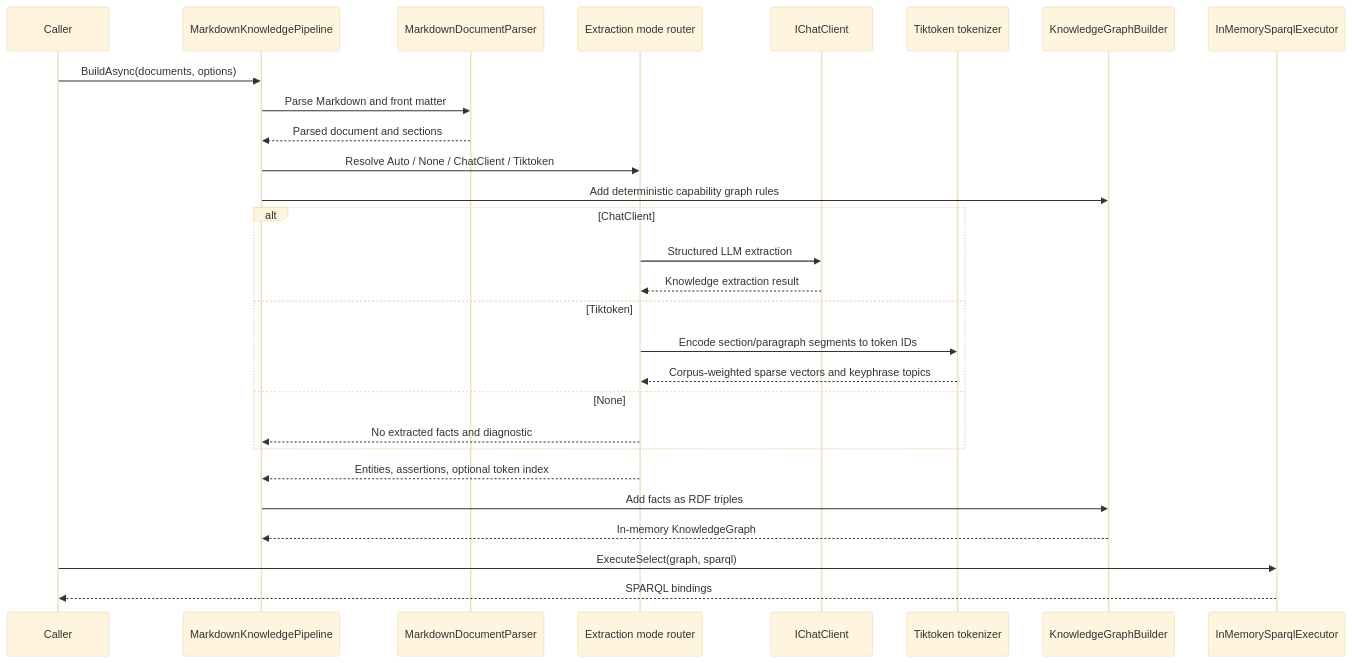
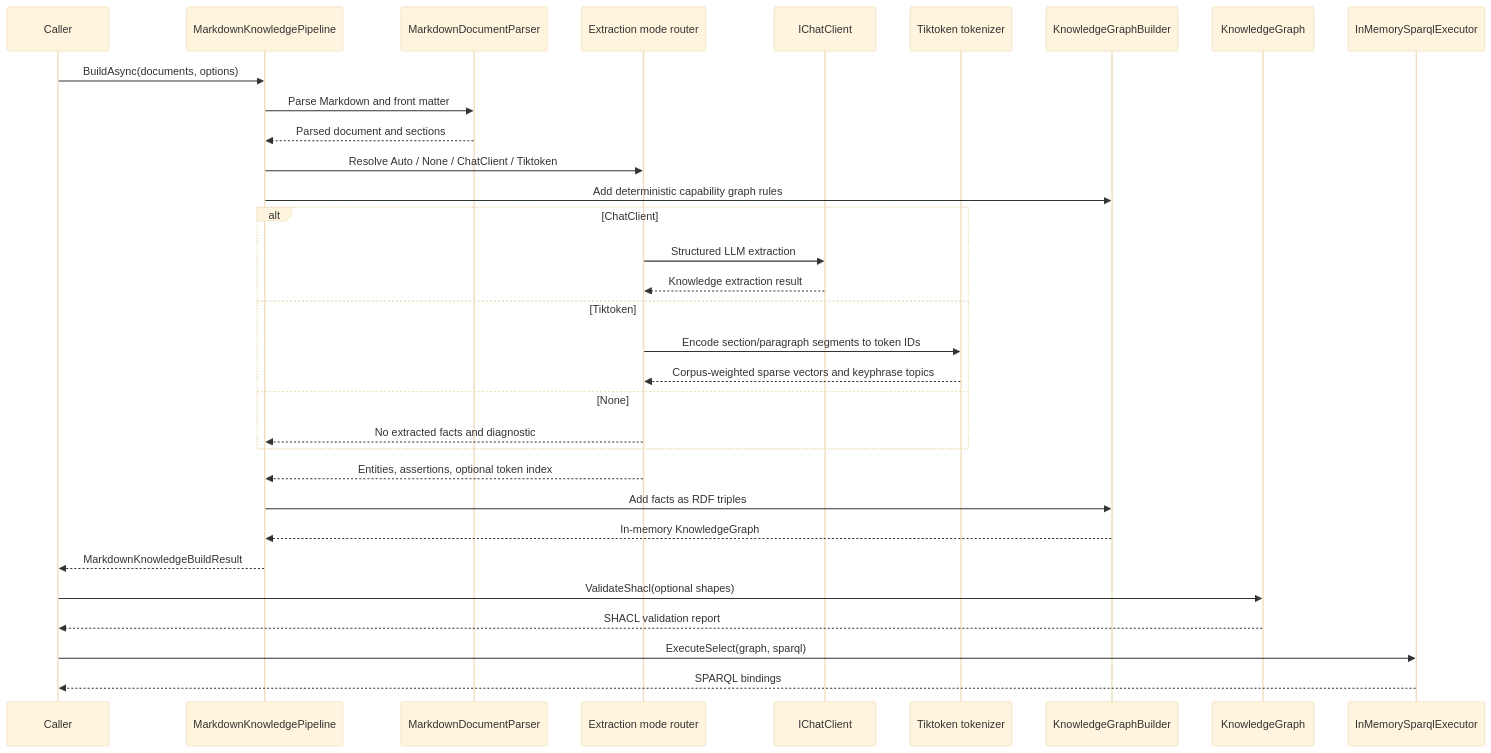
The second of 4 diagrams in docs/Architecture.md (managedcode/markdown-ld-kb), drawn with Mermaid (base theme) before and after one commit. The commit also changed other lines of this file and 12 other files, not shown here.

Commit message:
update graph

````diff
--- a/docs/Architecture.md
+++ b/docs/Architecture.md
@@ -44,31 +45,35 @@
 ```mermaid
 sequenceDiagram
     participant Caller
     participant Pipeline as MarkdownKnowledgePipeline
     participant Parser as MarkdownDocumentParser
     participant Router as Extraction mode router
     participant Chat as IChatClient
     participant Tokenizer as Tiktoken tokenizer
     participant Graph as KnowledgeGraphBuilder
+    participant BuiltGraph as KnowledgeGraph
     participant Query as InMemorySparqlExecutor
 
     Caller->>Pipeline: BuildAsync(documents, options)
     Pipeline->>Parser: Parse Markdown and front matter
     Parser-->>Pipeline: Parsed document and sections
     Pipeline->>Router: Resolve Auto / None / ChatClient / Tiktoken
     Pipeline->>Graph: Add deterministic capability graph rules
     alt ChatClient
         Router->>Chat: Structured LLM extraction
         Chat-->>Router: Knowledge extraction result
     else Tiktoken
         Router->>Tokenizer: Encode section/paragraph segments to token IDs
         Tokenizer-->>Router: Corpus-weighted sparse vectors and keyphrase topics
     else None
         Router-->>Pipeline: No extracted facts and diagnostic
     end
     Router-->>Pipeline: Entities, assertions, optional token index
     Pipeline->>Graph: Add facts as RDF triples
     Graph-->>Pipeline: In-memory KnowledgeGraph
+    Pipeline-->>Caller: MarkdownKnowledgeBuildResult
+    Caller->>BuiltGraph: ValidateShacl(optional shapes)
+    BuiltGraph-->>Caller: SHACL validation report
     Caller->>Query: ExecuteSelect(graph, sparql)
     Query-->>Caller: SPARQL bindings
 ```
````
